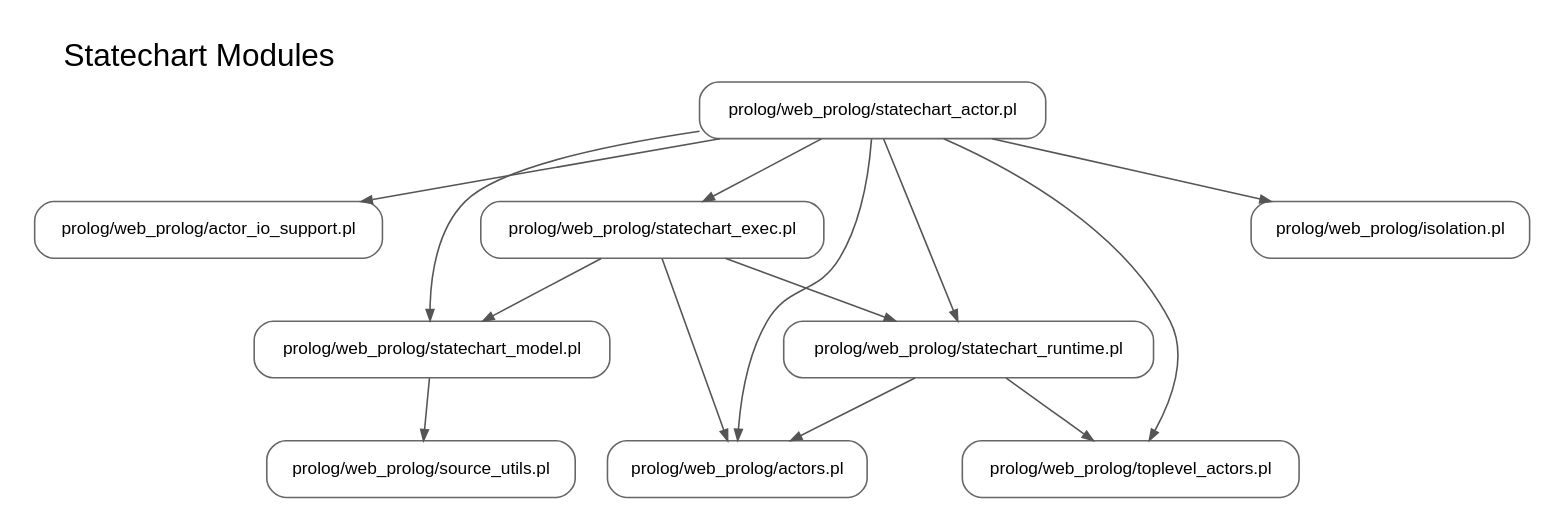
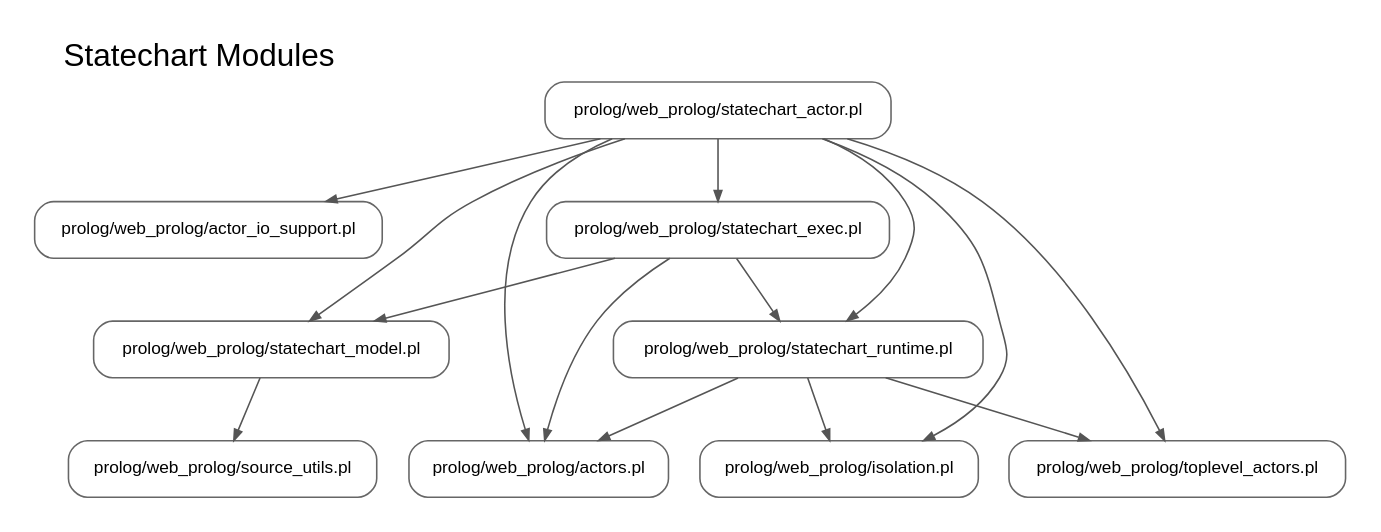
One commit to torbjornlager/trinity-demonstrator changed the diagram in docs/generated/dependency_graph/statechart-modules.dot. Above: the diagram before and after it, drawn with Graphviz. The commit also changed 21 other files, not shown here.

```diff
--- a/docs/generated/dependency_graph/statechart-modules.dot
+++ b/docs/generated/dependency_graph/statechart-modules.dot
@@ -1,28 +1,29 @@
 digraph dependency_graph {
   graph [rankdir=TB, labelloc=t, labeljust=l, fontsize=20, fontname="Helvetica", overlap=false, splines=true, nodesep=0.28, ranksep=0.55, pad=0.2];
   node [shape=box, style="rounded", color="#666666", fontname="Helvetica", fontsize=11, margin="0.08,0.05"];
   edge [color="#555555", arrowsize=0.7, penwidth=1.0];
   label="Statechart Modules";
   n0 [label="prolog/web_prolog/actor_io_support.pl"];
   n1 [label="prolog/web_prolog/actors.pl"];
   n2 [label="prolog/web_prolog/isolation.pl"];
   n3 [label="prolog/web_prolog/source_utils.pl"];
   n4 [label="prolog/web_prolog/statechart_actor.pl"];
   n5 [label="prolog/web_prolog/statechart_exec.pl"];
   n6 [label="prolog/web_prolog/statechart_model.pl"];
   n7 [label="prolog/web_prolog/statechart_runtime.pl"];
   n8 [label="prolog/web_prolog/toplevel_actors.pl"];
   n4 -> n0;
   n4 -> n1;
   n4 -> n2;
   n4 -> n5;
   n4 -> n6;
   n4 -> n7;
   n4 -> n8;
   n5 -> n1;
   n5 -> n6;
   n5 -> n7;
   n6 -> n3;
   n7 -> n1;
+  n7 -> n2;
   n7 -> n8;
 }
```
